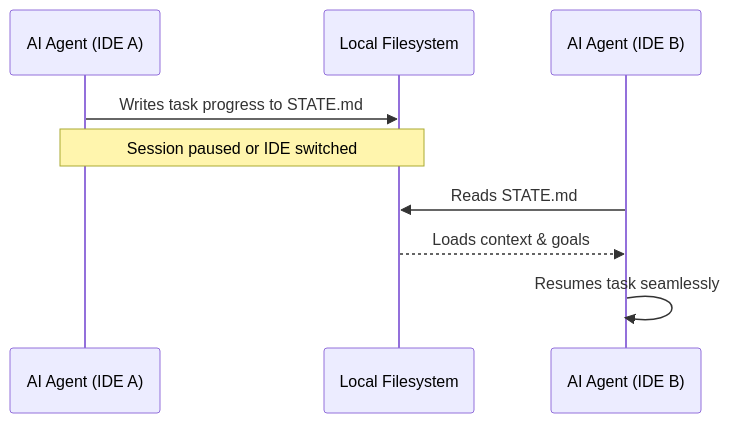
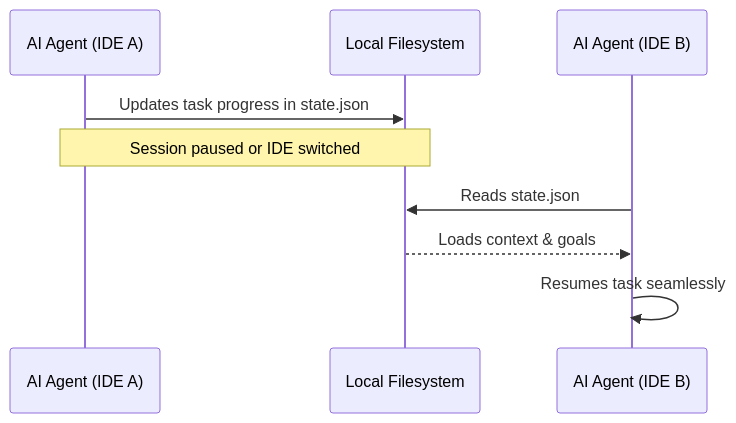
One commit to Rahul-pamula/Open_Source_Scout changed the second of 2 diagrams in ARCHITECTURE.md. Above: the diagram before and after it, drawn with Mermaid. The commit also changed other lines of this file and 2 other files, not shown here.

First line of the commit message:
docs: Align documentation for Scout v2 architecture (Issue #292) (#293)

````diff
--- a/ARCHITECTURE.md
+++ b/ARCHITECTURE.md
@@ -75,12 +49,12 @@
 ```mermaid
 sequenceDiagram
     participant Agent1 as AI Agent (IDE A)
     participant FS as Local Filesystem
     participant Agent2 as AI Agent (IDE B)
     
-    Agent1->>FS: Writes task progress to STATE.md
+    Agent1->>FS: Updates task progress in state.json
     Note over Agent1,FS: Session paused or IDE switched
-    Agent2->>FS: Reads STATE.md
+    Agent2->>FS: Reads state.json
     FS-->>Agent2: Loads context & goals
     Agent2->>Agent2: Resumes task seamlessly
 ```
````
